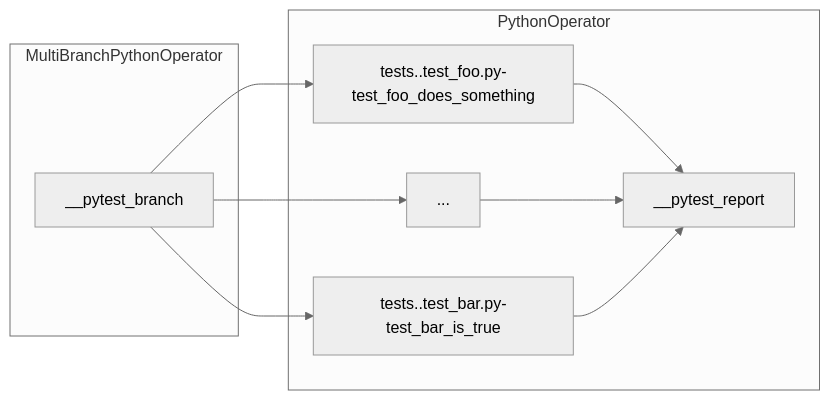
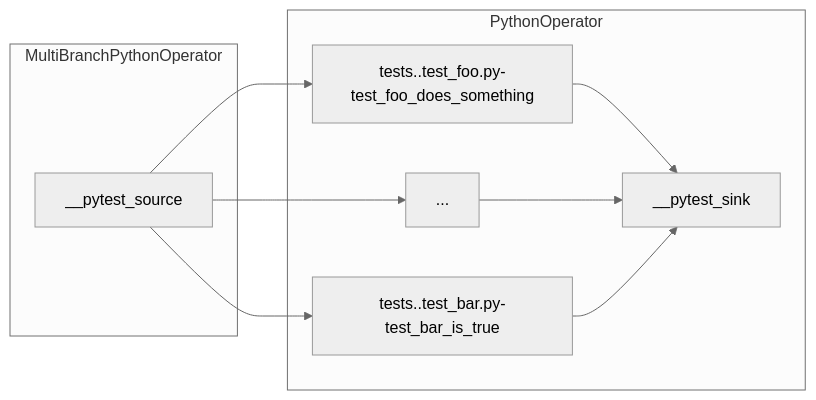
One commit to Flowminder/pytest-airflow changed the third of 3 diagrams in docs/architecture.md. Above: the diagram before and after it, drawn with Mermaid (neutral theme). The commit also changed other lines of this file, not shown here.

````diff
--- a/docs/architecture.md
+++ b/docs/architecture.md
@@ -189,19 +189,19 @@
 ```mermaid
 graph LR
 
 subgraph MultiBranchPythonOperator
-    __pytest_branch
+    __pytest_source
 end
 
 subgraph PythonOperator
-    __pytest_branch --> testfoo[tests..test_foo.py-test_foo_does_something]
-    __pytest_branch --> test...[...]
-    __pytest_branch --> testbar[tests..test_bar.py-test_bar_is_true]
+    __pytest_source --> testfoo[tests..test_foo.py-test_foo_does_something]
+    __pytest_source --> test...[...]
+    __pytest_source --> testbar[tests..test_bar.py-test_bar_is_true]
 end
 
 subgraph PythonOperator
-    testfoo --> __pytest_report
-    test... --> __pytest_report
-    testbar --> __pytest_report
+    testfoo --> __pytest_sink
+    test... --> __pytest_sink
+    testbar --> __pytest_sink
 end
 ```
````
